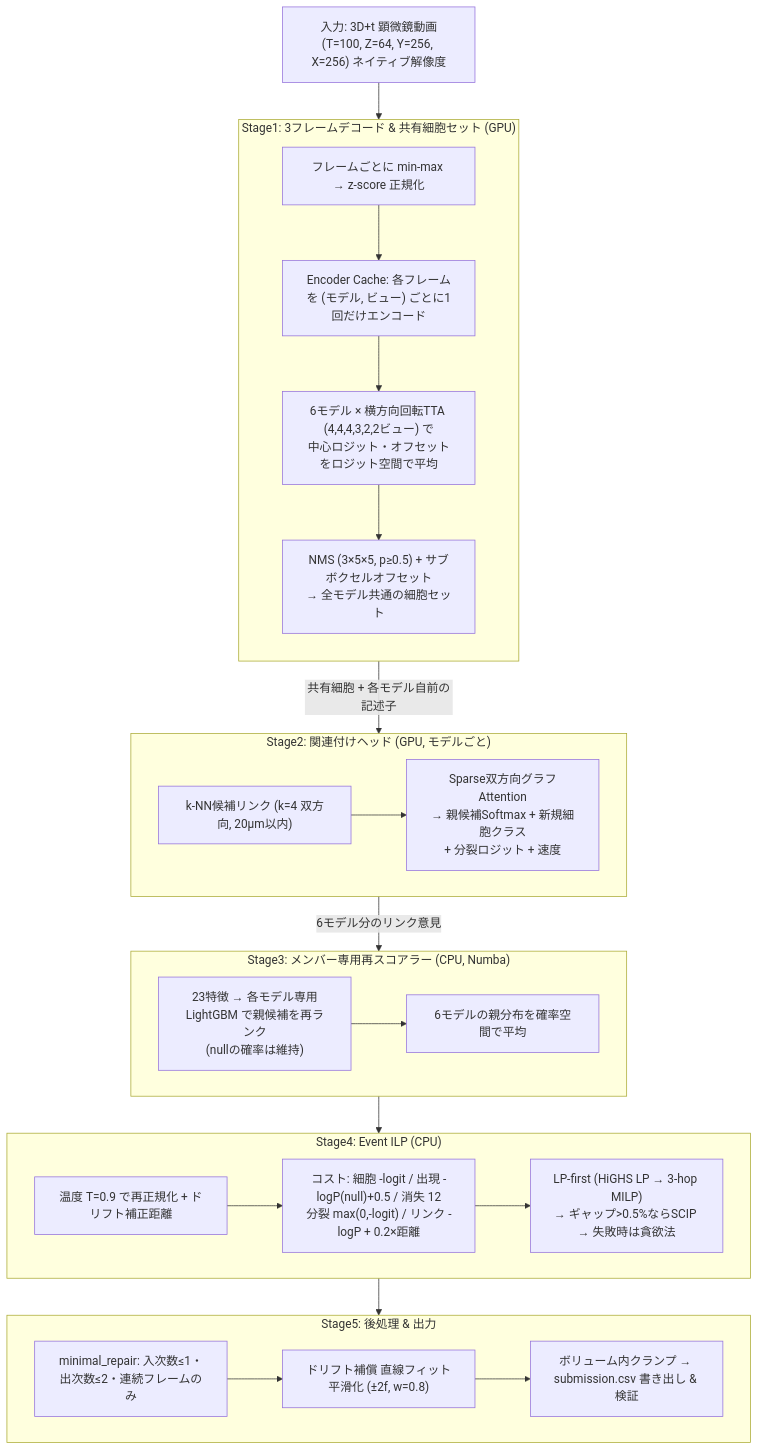
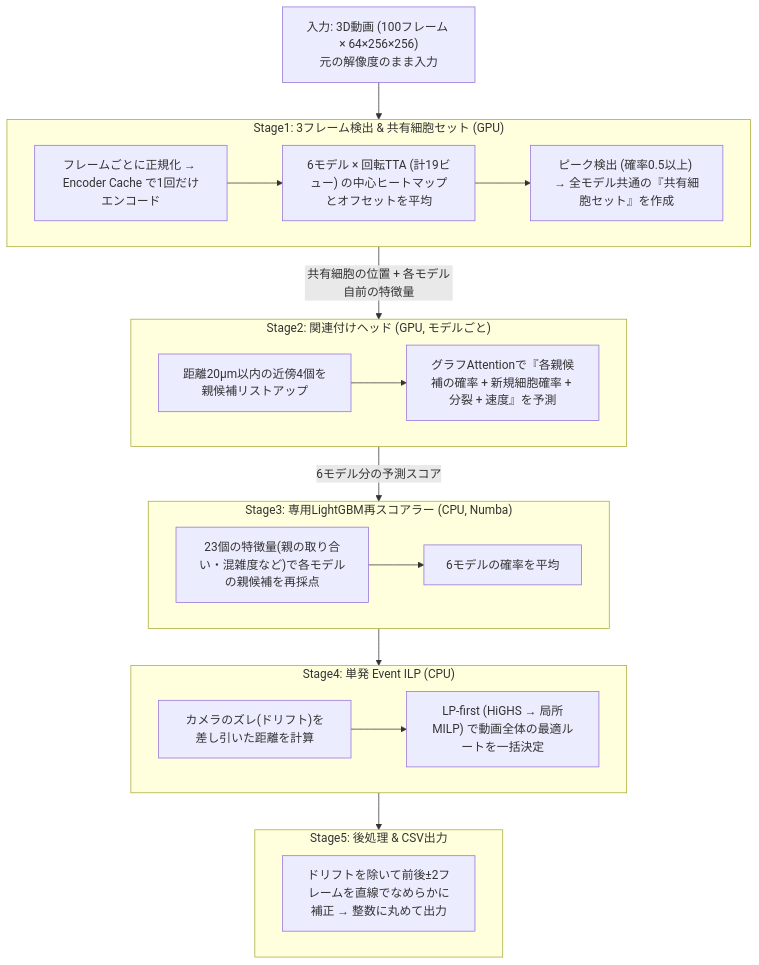
One commit to kito2718/kgle_001_BCT_Episode changed the third of 7 diagrams in episode/Summary&Conclusion/6th-place-summary.md. Above: the diagram before and after it, drawn with Mermaid. The commit also changed other lines of this file, not shown here.

````diff
--- a/episode/Summary&Conclusion/6th-place-summary.md
+++ b/episode/Summary&Conclusion/6th-place-summary.md
@@ -226,37 +127,33 @@
 ```mermaid
 flowchart TD
-    Input["入力: 3D+t 顕微鏡動画<br/>(T=100, Z=64, Y=256, X=256) ネイティブ解像度"] --> S1
+    Input["入力: 3D動画 (100フレーム × 64×256×256)<br/>元の解像度のまま入力"] --> S1
 
-    subgraph S1["Stage1: 3フレームデコード & 共有細胞セット (GPU)"]
-        direction TB
-        P1["フレームごとに min-max → z-score 正規化"] --> P2["Encoder Cache: 各フレームを (モデル, ビュー) ごとに1回だけエンコード"]
-        P2 --> P3["6モデル × 横方向回転TTA (4,4,4,3,2,2ビュー) で<br/>中心ロジット・オフセットをロジット空間で平均"]
-        P3 --> P4["NMS (3×5×5, p≥0.5) + サブボクセルオフセット<br/>→ 全モデル共通の細胞セット"]
+    subgraph S1["Stage1: 3フレーム検出 & 共有細胞セット (GPU)"]
+        P1["フレームごとに正規化 → Encoder Cache で1回だけエンコード"] --> P2["6モデル × 回転TTA (計19ビュー) の中心ヒートマップとオフセットを平均"]
+        P2 --> P3["ピーク検出 (確率0.5以上) → 全モデル共通の『共有細胞セット』を作成"]
     end
 
-    S1 -->|"共有細胞 + 各モデル自前の記述子"| S2
+    S1 -->|"共有細胞の位置 + 各モデル自前の特徴量"| S2
 
     subgraph S2["Stage2: 関連付けヘッド (GPU, モデルごと)"]
-        A1["k-NN候補リンク (k=4 双方向, 20µm以内)"] --> A2["Sparse双方向グラフAttention<br/>→ 親候補Softmax + 新規細胞クラス<br/>+ 分裂ロジット + 速度"]
+        A1["距離20µm以内の近傍4個を親候補リストアップ"] --> A2["グラフAttentionで『各親候補の確率 + 新規細胞確率 + 分裂 + 速度』を予測"]
     end
 
-    S2 -->|"6モデル分のリンク意見"| S3
+    S2 -->|"6モデル分の予測スコア"| S3
 
-    subgraph S3["Stage3: メンバー専用再スコアラー (CPU, Numba)"]
-        R1["23特徴 → 各モデル専用LightGBM で親候補を再ランク<br/>(nullの確率は維持)"] --> R2["6モデルの親分布を確率空間で平均"]
+    subgraph S3["Stage3: 専用LightGBM再スコアラー (CPU, Numba)"]
+        R1["23個の特徴量(親の取り合い・混雑度など)で各モデルの親候補を再採点"] --> R2["6モデルの確率を平均"]
     end
 
     S3 --> S4
 
-    subgraph S4["Stage4: Event ILP (CPU)"]
-        I1["温度 T=0.9 で再正規化 + ドリフト補正距離"] --> I2["コスト: 細胞 -logit / 出現 -logP(null)+0.5 / 消失 12<br/>分裂 max(0,-logit) / リンク -logP + 0.2×距離"]
-        I2 --> I3["LP-first (HiGHS LP → 3-hop MILP)<br/>→ ギャップ>0.5%ならSCIP → 失敗時は貪欲法"]
+    subgraph S4["Stage4: 単発 Event ILP (CPU)"]
+        I1["カメラのズレ(ドリフト)を差し引いた距離を計算"] --> I2["LP-first (HiGHS → 局所MILP) で動画全体の最適ルートを一括決定"]
     end
 
     S4 --> S5
 
-    subgraph S5["Stage5: 後処理 & 出力"]
-        O1["minimal_repair: 入次数≤1・出次数≤2・連続フレームのみ"] --> O2["ドリフト補償 直線フィット平滑化 (±2f, w=0.8)"]
-        O2 --> O3["ボリューム内クランプ → submission.csv 書き出し & 検証"]
+    subgraph S5["Stage5: 後処理 & CSV出力"]
+        O1["ドリフトを除いて前後±2フレームを直線でなめらかに補正 → 整数に丸めて出力"]
     end
 ```
````
